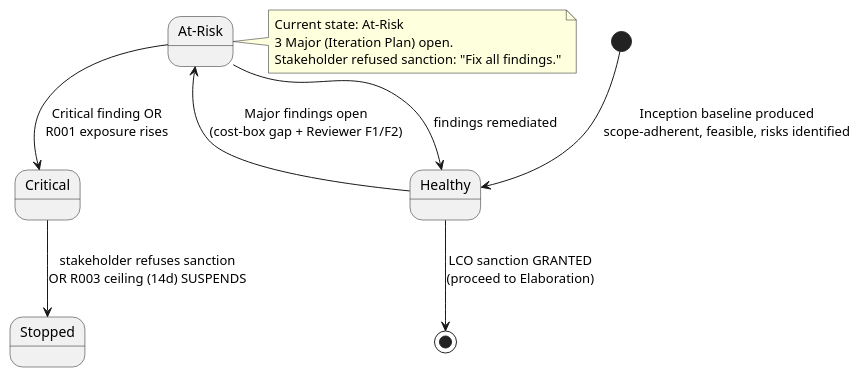
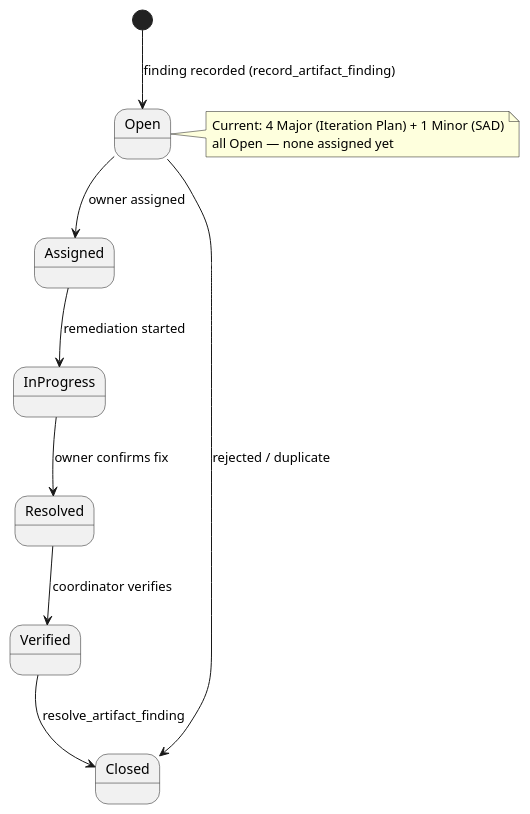
One commit to banense-test/portal changed the second of 3 diagrams in docs/artifacts/project-management/review-record.md. Above: the diagram before and after it, drawn with PlantUML. The commit also changed other lines of this file, not shown here.

First line of the commit message:
Review Coordinator [I1]: upsert Review Record

````diff
--- a/docs/artifacts/project-management/review-record.md
+++ b/docs/artifacts/project-management/review-record.md
@@ -59,22 +50,16 @@
 ```plantuml
 @startuml
-state "Healthy" as H
-state "At-Risk" as AR
-state "Critical" as C
-state "Stopped" as S
+[*] --> Open : finding recorded (record_artifact_finding)
+Open --> Assigned : owner assigned
+Assigned --> InProgress : remediation started
+InProgress --> Resolved : owner confirms fix
+Resolved --> Verified : coordinator verifies
+Verified --> Closed : resolve_artifact_finding
+Open --> Closed : rejected / duplicate
 
-[*] --> H : Inception baseline produced\nscope-adherent, feasible, risks identified
-
-H --> AR : Major findings open\n(cost-box gap + Reviewer F1/F2)
-AR --> H : findings remediated
-AR --> C : Critical finding OR\nR001 exposure rises
-C --> S : stakeholder refuses sanction\nOR R003 ceiling (14d) SUSPENDS
-H --> [*] : LCO sanction GRANTED\n(proceed to Elaboration)
-
-note right of AR
-  Current state: At-Risk
-  3 Major (Iteration Plan) open.
-  Stakeholder refused sanction: "Fix all findings."
+note right of Open
+  Current: 4 Major (Iteration Plan) + 1 Minor (SAD)
+  all Open — none assigned yet
 end note
 @enduml
 ```
````
